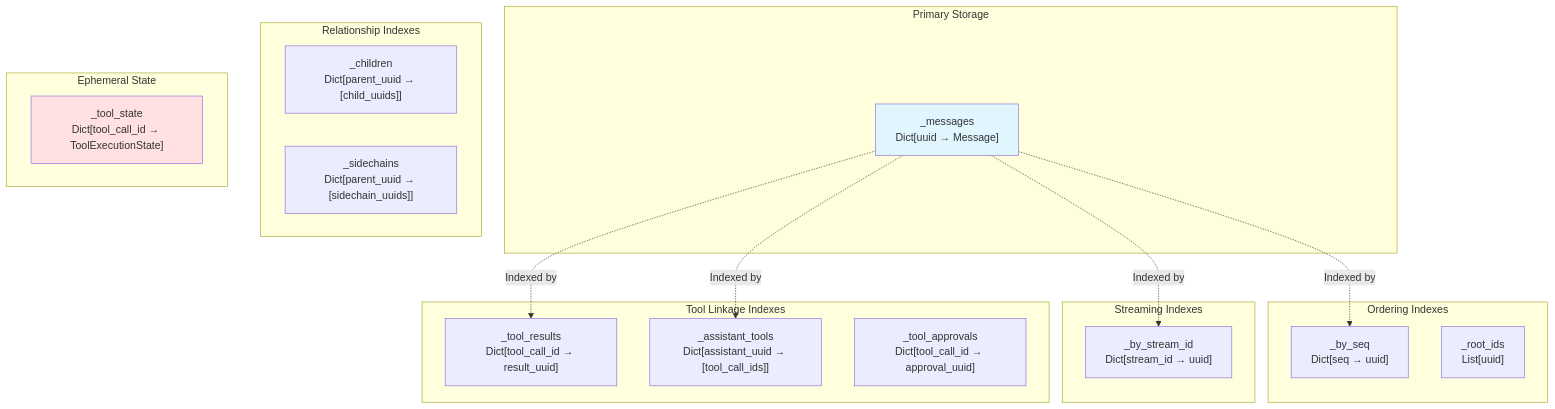
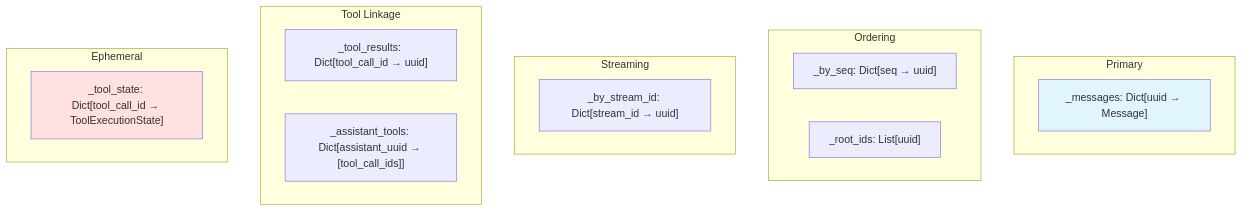
One commit to vijayjayanandan/claraity-code changed the fifth of 7 diagrams in docs/TUI_PERSISTENCE_ARCHITECTURE.md. Above: the diagram before and after it, drawn with Mermaid. The commit also changed other lines of this file and 8 other files, not shown here.

First line of the commit message:
Eliminate dual text accumulation and rewrite architecture doc

````diff
--- a/docs/TUI_PERSISTENCE_ARCHITECTURE.md
+++ b/docs/TUI_PERSISTENCE_ARCHITECTURE.md
@@ -466,38 +206,23 @@
 ```mermaid
 graph TB
-    subgraph "Primary Storage"
-        Messages["_messages<br/>Dict[uuid → Message]"]
+    subgraph "Primary"
+        M["_messages: Dict[uuid → Message]"]
+    end
+    subgraph "Ordering"
+        S["_by_seq: Dict[seq → uuid]"]
+        R["_root_ids: List[uuid]"]
+    end
+    subgraph "Streaming"
+        ST["_by_stream_id: Dict[stream_id → uuid]"]
+    end
+    subgraph "Tool Linkage"
+        TR["_tool_results: Dict[tool_call_id → uuid]"]
+        AT["_assistant_tools: Dict[assistant_uuid → [tool_call_ids]]"]
+    end
+    subgraph "Ephemeral"
+        TS["_tool_state: Dict[tool_call_id → ToolExecutionState]"]
     end
 
-    subgraph "Ordering Indexes"
-        BySeq["_by_seq<br/>Dict[seq → uuid]"]
-        RootIds["_root_ids<br/>List[uuid]"]
-    end
-
-    subgraph "Relationship Indexes"
-        Children["_children<br/>Dict[parent_uuid → [child_uuids]]"]
-        Sidechains["_sidechains<br/>Dict[parent_uuid → [sidechain_uuids]]"]
-    end
-
-    subgraph "Streaming Indexes"
-        ByStreamId["_by_stream_id<br/>Dict[stream_id → uuid]"]
-    end
-
-    subgraph "Tool Linkage Indexes"
-        ToolResults["_tool_results<br/>Dict[tool_call_id → result_uuid]"]
-        AssistantTools["_assistant_tools<br/>Dict[assistant_uuid → [tool_call_ids]]"]
-        ToolApprovals["_tool_approvals<br/>Dict[tool_call_id → approval_uuid]"]
-    end
-
-    subgraph "Ephemeral State"
-        ToolState["_tool_state<br/>Dict[tool_call_id → ToolExecutionState]"]
-    end
-
-    Messages -.->|Indexed by| BySeq
-    Messages -.->|Indexed by| ByStreamId
-    Messages -.->|Indexed by| ToolResults
-    Messages -.->|Indexed by| AssistantTools
-
-    style Messages fill:#e1f5ff
-    style ToolState fill:#ffe1e1
+    style M fill:#e1f5ff
+    style TS fill:#ffe1e1
 ```
````
